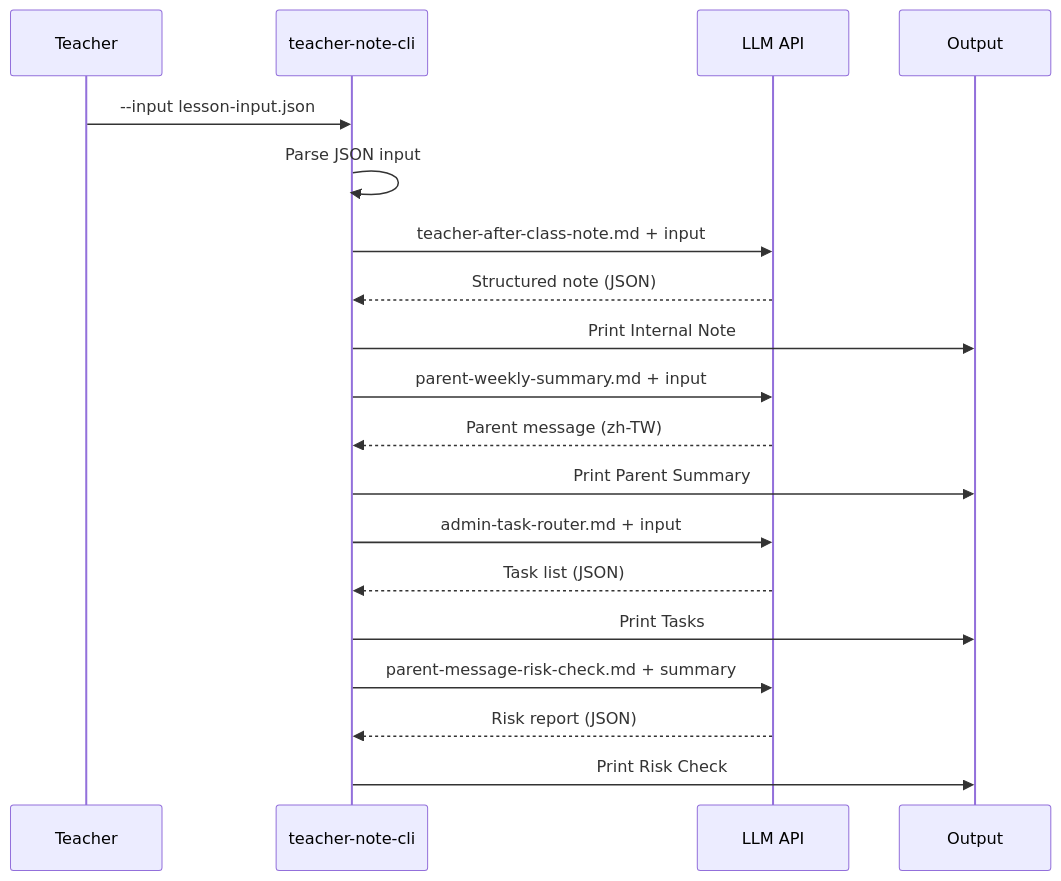
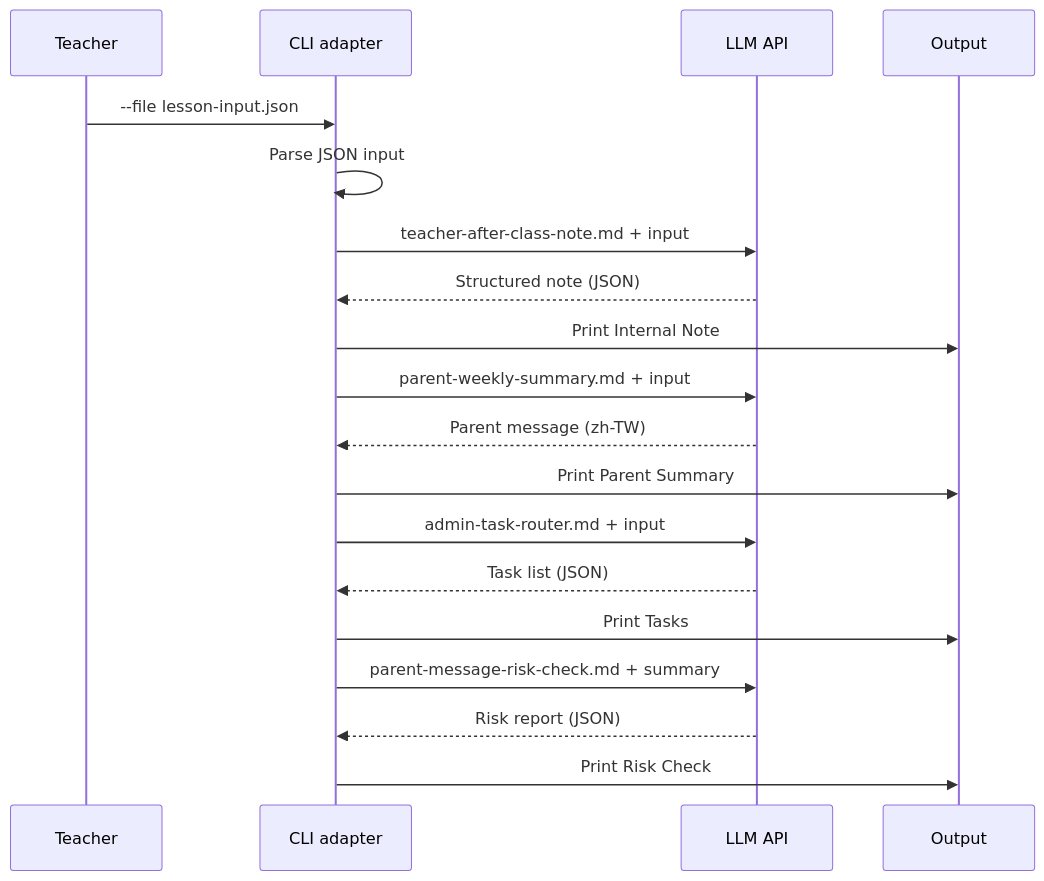
The second of 3 diagrams in docs/architecture.md (ting07081010-ui/moosie-eduops-ai-kit), drawn with Mermaid before and after one commit. The commit also changed other lines of this file, not shown here.

First line of the commit message:
docs: update architecture for latest workflows

````diff
--- a/docs/architecture.md
+++ b/docs/architecture.md
@@ -105,25 +118,25 @@
 ```mermaid
 sequenceDiagram
     participant T as Teacher
-    participant CLI as teacher-note-cli
+    participant CLI as CLI adapter
     participant AI as LLM API
     participant O as Output
 
-    T->>CLI: --input lesson-input.json
+    T->>CLI: --file lesson-input.json
     CLI->>CLI: Parse JSON input
     CLI->>AI: teacher-after-class-note.md + input
     AI-->>CLI: Structured note (JSON)
     CLI->>O: Print Internal Note
 
     CLI->>AI: parent-weekly-summary.md + input
     AI-->>CLI: Parent message (zh-TW)
     CLI->>O: Print Parent Summary
 
     CLI->>AI: admin-task-router.md + input
     AI-->>CLI: Task list (JSON)
     CLI->>O: Print Tasks
 
     CLI->>AI: parent-message-risk-check.md + summary
     AI-->>CLI: Risk report (JSON)
     CLI->>O: Print Risk Check
 ```
````
